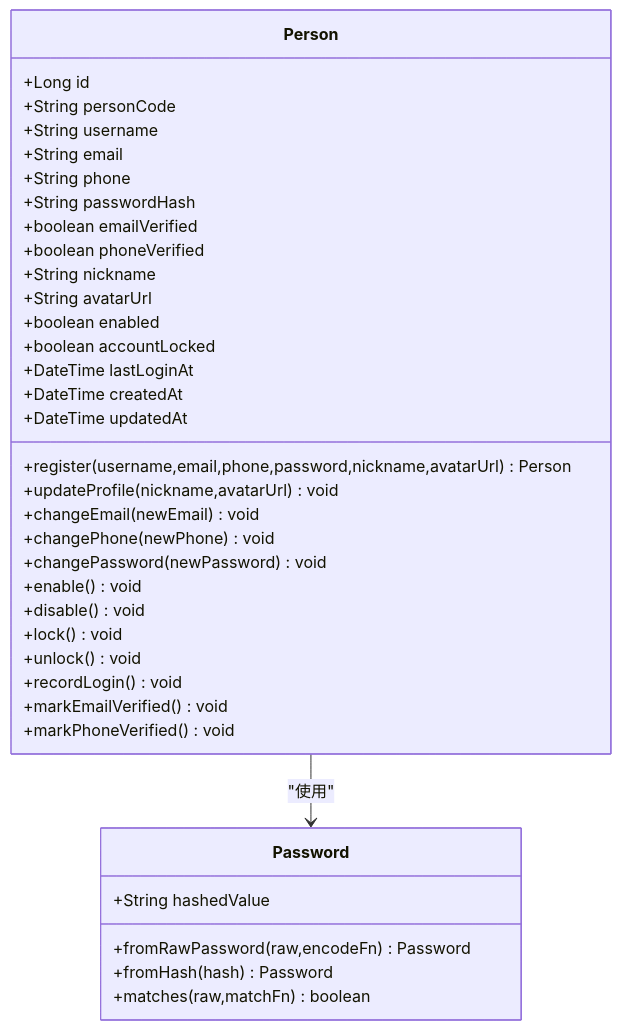
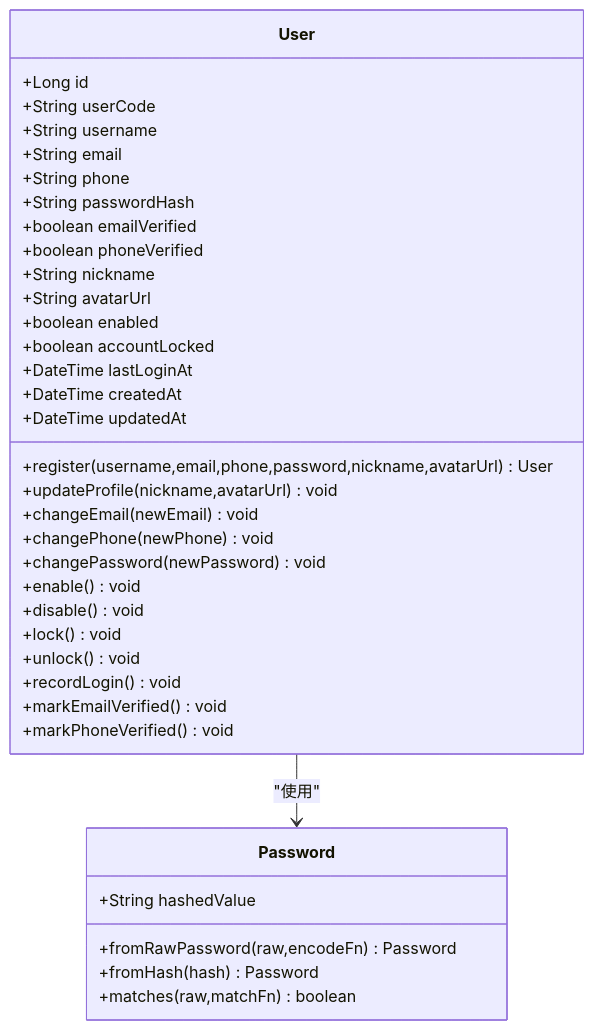
One commit to fq0121104930716/iam-platform changed the third of 7 diagrams in .qoder/repowiki/zh/content/项目概述/核心功能/用户管理功能.md. Above: the diagram before and after it, drawn with Mermaid. The commit also changed other lines of this file and 75 other files, not shown here.

````diff
--- a/.qoder/repowiki/zh/content/项目概述/核心功能/用户管理功能.md
+++ b/.qoder/repowiki/zh/content/项目概述/核心功能/用户管理功能.md
@@ -183,39 +195,39 @@
 ```mermaid
 classDiagram
-class Person {
+class User {
 +Long id
-+String personCode
++String userCode
 +String username
 +String email
 +String phone
 +String passwordHash
 +boolean emailVerified
 +boolean phoneVerified
 +String nickname
 +String avatarUrl
 +boolean enabled
 +boolean accountLocked
 +DateTime lastLoginAt
 +DateTime createdAt
 +DateTime updatedAt
-+register(username,email,phone,password,nickname,avatarUrl) Person
++register(username,email,phone,password,nickname,avatarUrl) User
 +updateProfile(nickname,avatarUrl) void
 +changeEmail(newEmail) void
 +changePhone(newPhone) void
 +changePassword(newPassword) void
 +enable() void
 +disable() void
 +lock() void
 +unlock() void
 +recordLogin() void
 +markEmailVerified() void
 +markPhoneVerified() void
 }
 class Password {
 +String hashedValue
 +fromRawPassword(raw,encodeFn) Password
 +fromHash(hash) Password
 +matches(raw,matchFn) boolean
 }
-Person --> Password : "使用"
+User --> Password : "使用"
 ```
````
